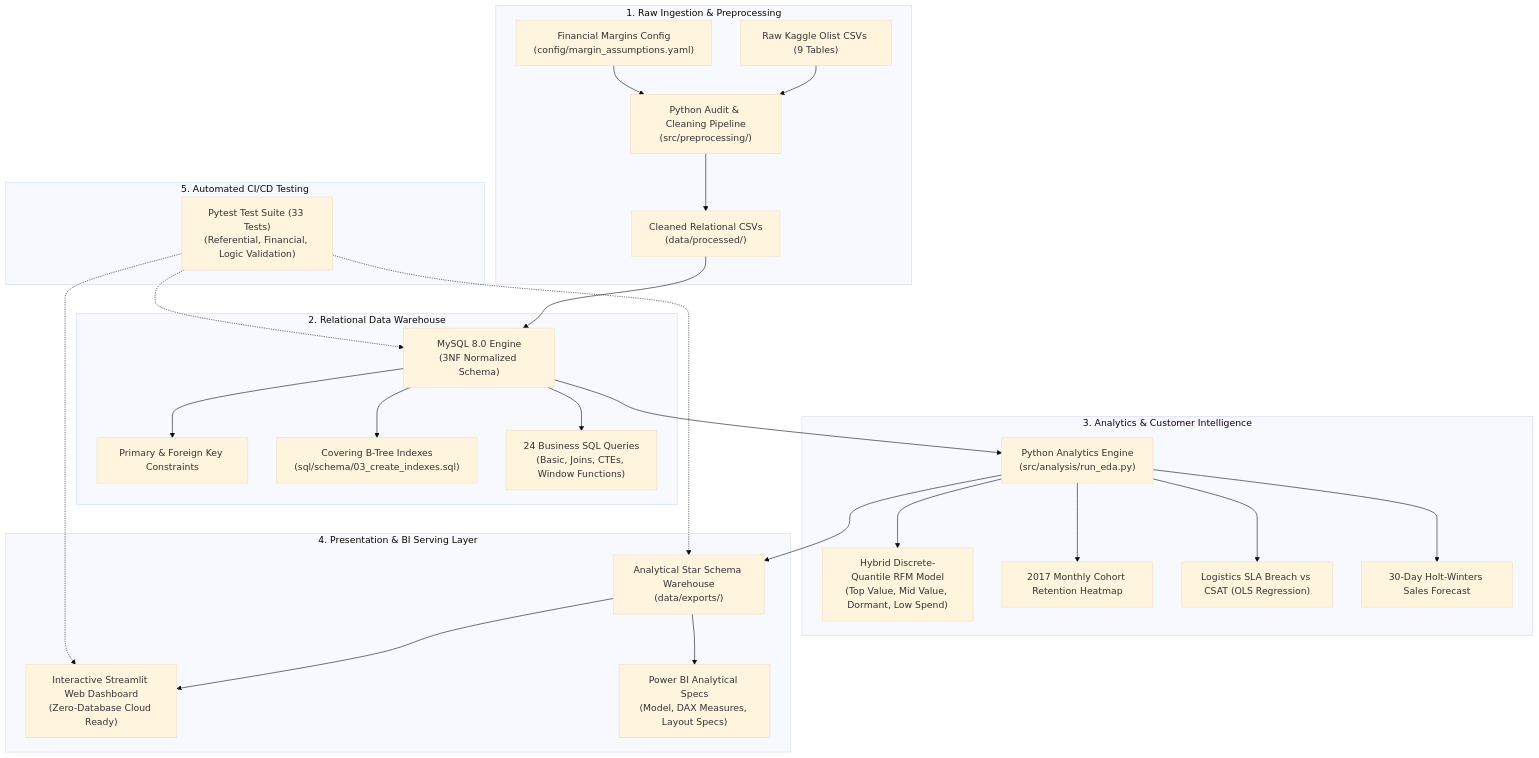
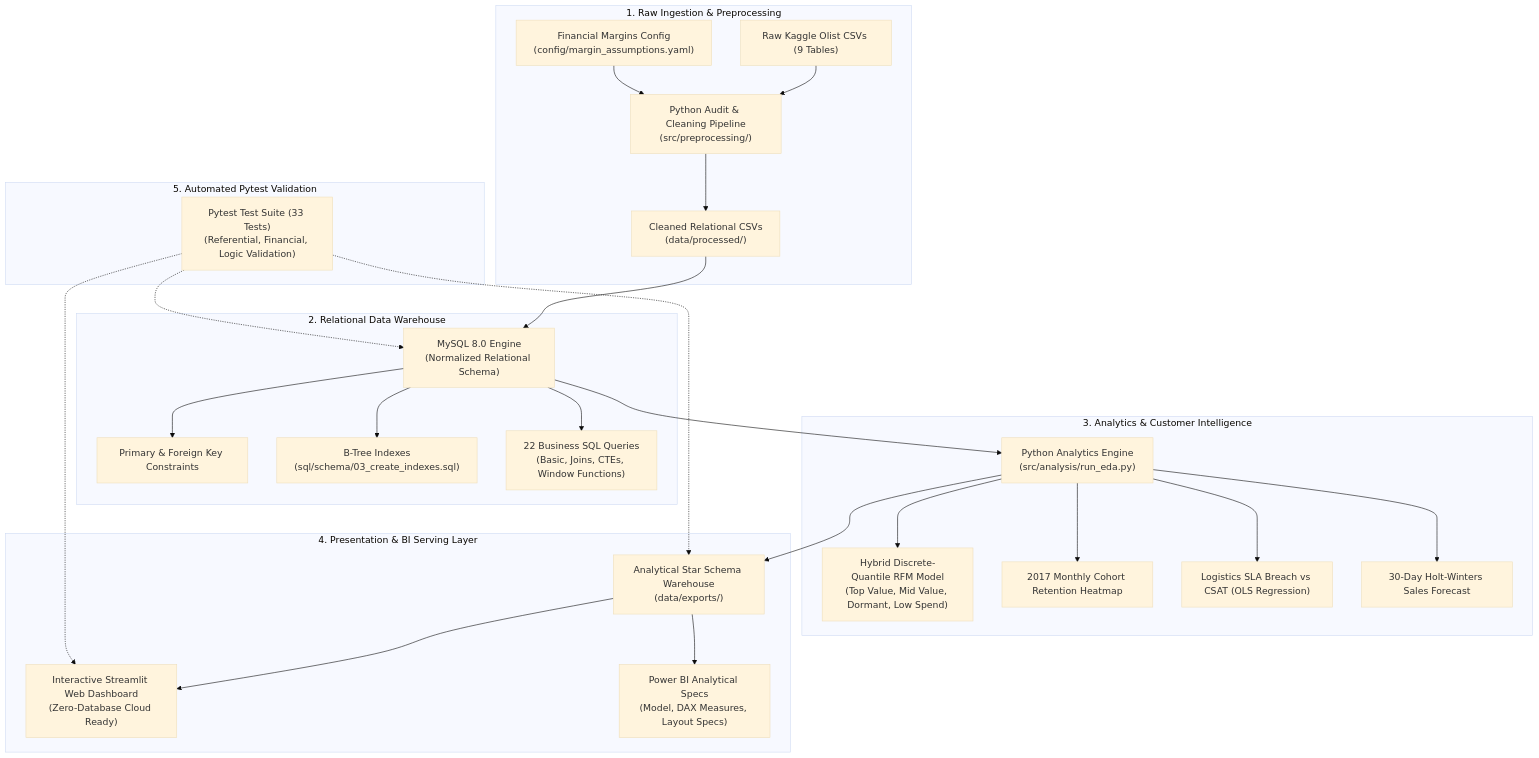
The diagram in README.md (Samk709/ecommerce-sales-customer-analytics), drawn with Mermaid (base theme) before and after one commit. The commit also changed other lines of this file and 18 other files, not shown here.

````diff
--- a/README.md
+++ b/README.md
@@ -13,35 +15,35 @@
 ```mermaid
 flowchart TD
     subgraph Ingestion["1. Raw Ingestion & Preprocessing"]
         A["Raw Kaggle Olist CSVs (9 Tables)"] --> B["Python Audit & Cleaning Pipeline\n(src/preprocessing/)"]
         B --> C["Cleaned Relational CSVs\n(data/processed/)"]
         M["Financial Margins Config\n(config/margin_assumptions.yaml)"] --> B
     end
 
     subgraph Database["2. Relational Data Warehouse"]
-        C --> D["MySQL 8.0 Engine\n(3NF Normalized Schema)"]
+        C --> D["MySQL 8.0 Engine\n(Normalized Relational Schema)"]
         D --> E["Primary & Foreign Key Constraints"]
-        D --> F["Covering B-Tree Indexes\n(sql/schema/03_create_indexes.sql)"]
-        D --> G["24 Business SQL Queries\n(Basic, Joins, CTEs, Window Functions)"]
+        D --> F["B-Tree Indexes\n(sql/schema/03_create_indexes.sql)"]
+        D --> G["22 Business SQL Queries\n(Basic, Joins, CTEs, Window Functions)"]
     end
 
     subgraph Intelligence["3. Analytics & Customer Intelligence"]
         D --> H["Python Analytics Engine\n(src/analysis/run_eda.py)"]
         H --> I["Hybrid Discrete-Quantile RFM Model\n(Top Value, Mid Value, Dormant, Low Spend)"]
         H --> J["2017 Monthly Cohort Retention Heatmap"]
         H --> K["Logistics SLA Breach vs CSAT (OLS Regression)"]
         H --> L["30-Day Holt-Winters Sales Forecast"]
     end
 
     subgraph Serving["4. Presentation & BI Serving Layer"]
         H --> N["Analytical Star Schema Warehouse\n(data/exports/)"]
         N --> O["Interactive Streamlit Web Dashboard\n(Zero-Database Cloud Ready)"]
         N --> P["Power BI Analytical Specs\n(Model, DAX Measures, Layout Specs)"]
     end
 
-    subgraph Quality["5. Automated CI/CD Testing"]
+    subgraph Quality["5. Automated Pytest Validation"]
         Q["Pytest Test Suite (33 Tests)\n(Referential, Financial, Logic Validation)"] -.-> D
         Q -.-> N
         Q -.-> O
     end
 ```
````
